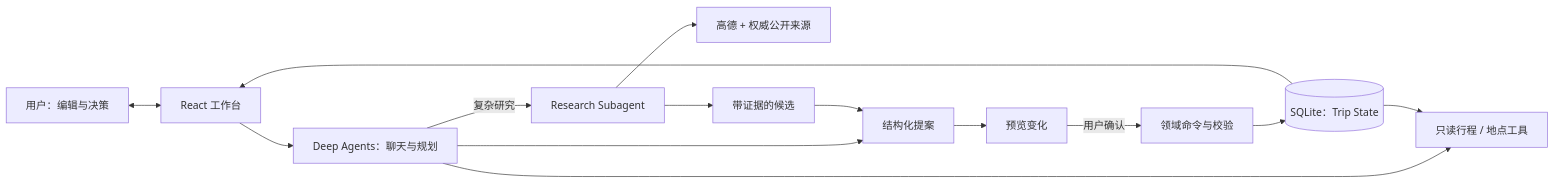
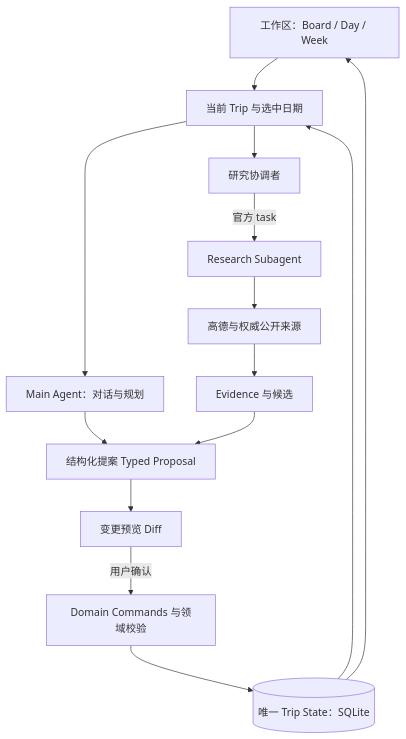
The diagram in README.zh-CN.md (Yiping-Nash/BrandonTravel), drawn with Mermaid before and after one commit. The commit also changed other lines of this file and 1 other file, not shown here.

````diff
--- a/README.zh-CN.md
+++ b/README.zh-CN.md
@@ -49,16 +94,16 @@
 ```mermaid
-flowchart LR
-    Human[用户：编辑与决策] <--> UI[React 工作台]
-    UI --> Main[Deep Agents：聊天与规划]
-    Main -->|复杂研究| Research[Research Subagent]
-    Main --> Read[只读行程 / 地点工具]
-    Research --> Sources[高德 + 权威公开来源]
-    Research --> Evidence[带证据的候选]
-    Main --> Proposal[结构化提案]
+flowchart TB
+    UI[工作区：Board / Day / Week] --> Context[当前 Trip 与选中日期]
+    Trip[(唯一 Trip State：SQLite)] --> Context
+    Context --> Main[Main Agent：对话与规划]
+    Context --> Coordinator[研究协调者]
+    Coordinator -->|官方 task| Research[Research Subagent]
+    Research --> Sources[高德与权威公开来源]
+    Sources --> Evidence[Evidence 与候选]
+    Main --> Proposal[结构化提案 Typed Proposal]
     Evidence --> Proposal
-    Proposal --> Diff[预览变化]
-    Diff -->|用户确认| Domain[领域命令与校验]
-    Domain --> DB[(SQLite：Trip State)]
-    DB --> UI
-    DB --> Read
+    Proposal --> Diff[变更预览 Diff]
+    Diff -->|用户确认| Domain[Domain Commands 与领域校验]
+    Domain --> Trip
+    Trip --> UI
 ```
````
